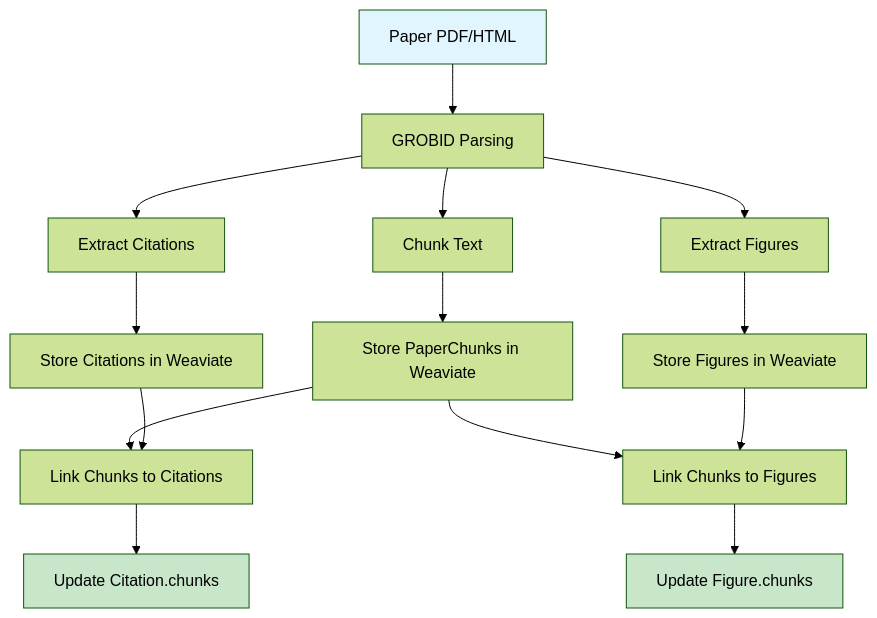
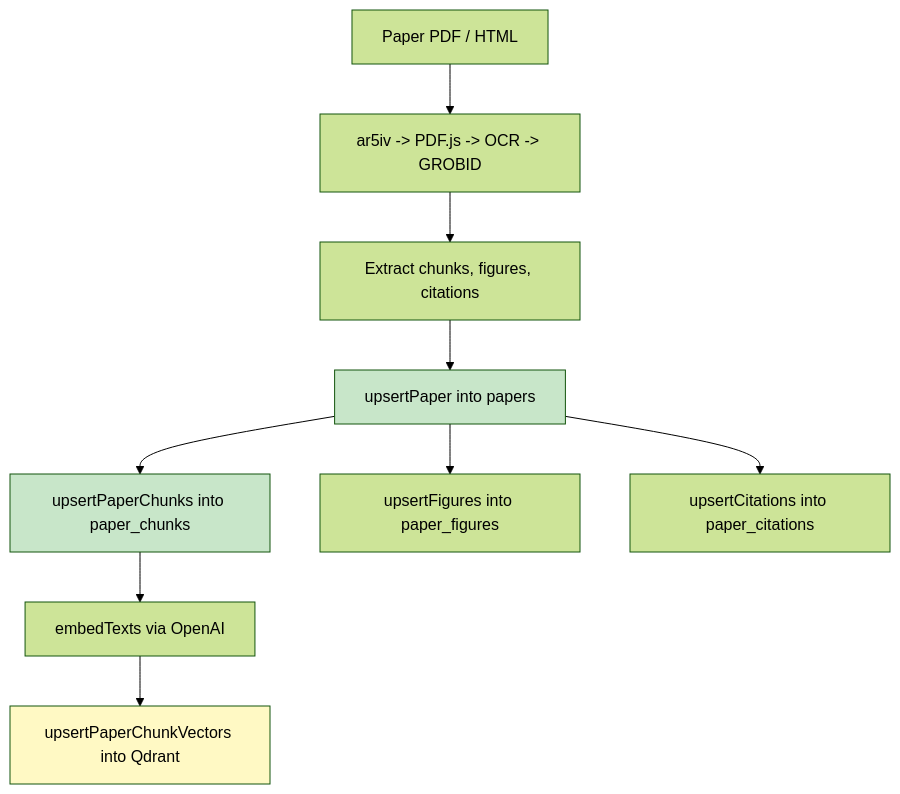
The second of 4 diagrams in docs/database-structure.md (berdyh/readable), drawn with Mermaid (forest theme) before and after one commit. The commit also changed other lines of this file and 7 other files, not shown here.

First line of the commit message:
docs: rewrite for Postgres + Qdrant architecture

````diff
--- a/docs/database-structure.md
+++ b/docs/database-structure.md
@@ -274,23 +216,15 @@
 ```mermaid
 flowchart TD
-    A[Paper PDF/HTML] --> B[GROBID Parsing]
-    B --> C[Extract Citations]
-    B --> D[Extract Figures]
-    B --> E[Chunk Text]
+    A[Paper PDF / HTML] --> B[ar5iv -> PDF.js -> OCR -> GROBID]
+    B --> C[Extract chunks, figures, citations]
+    C --> D[upsertPaper into papers]
+    D --> E[upsertPaperChunks into paper_chunks]
+    D --> F[upsertFigures into paper_figures]
+    D --> G[upsertCitations into paper_citations]
+    E --> H[embedTexts via OpenAI]
+    H --> I[upsertPaperChunkVectors into Qdrant]
 
-    C --> F[Store Citations in Weaviate]
-    D --> G[Store Figures in Weaviate]
-    E --> H[Store PaperChunks in Weaviate]
-
-    H --> I[Link Chunks to Citations]
-    H --> J[Link Chunks to Figures]
-    F --> I
-    G --> J
-
-    I --> K[Update Citation.chunks]
-    J --> L[Update Figure.chunks]
-
-    style A fill:#e1f5ff
-    style K fill:#c8e6c9
-    style L fill:#c8e6c9
+    style D fill:#c8e6c9
+    style E fill:#c8e6c9
+    style I fill:#fff9c4
 ```
````
